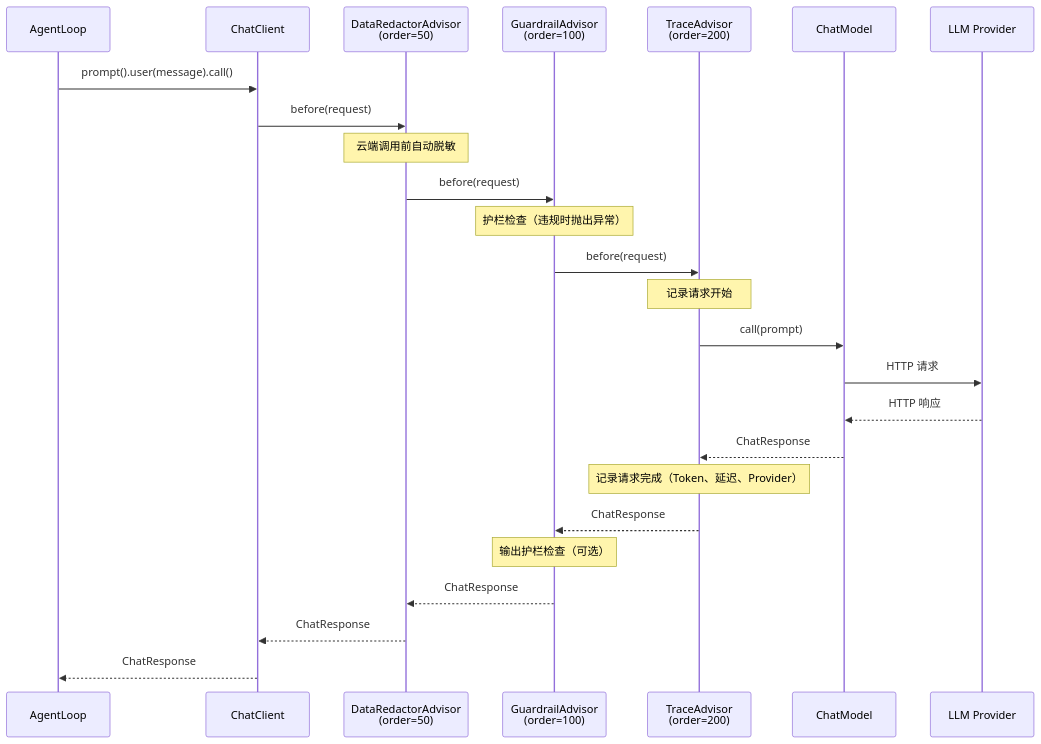
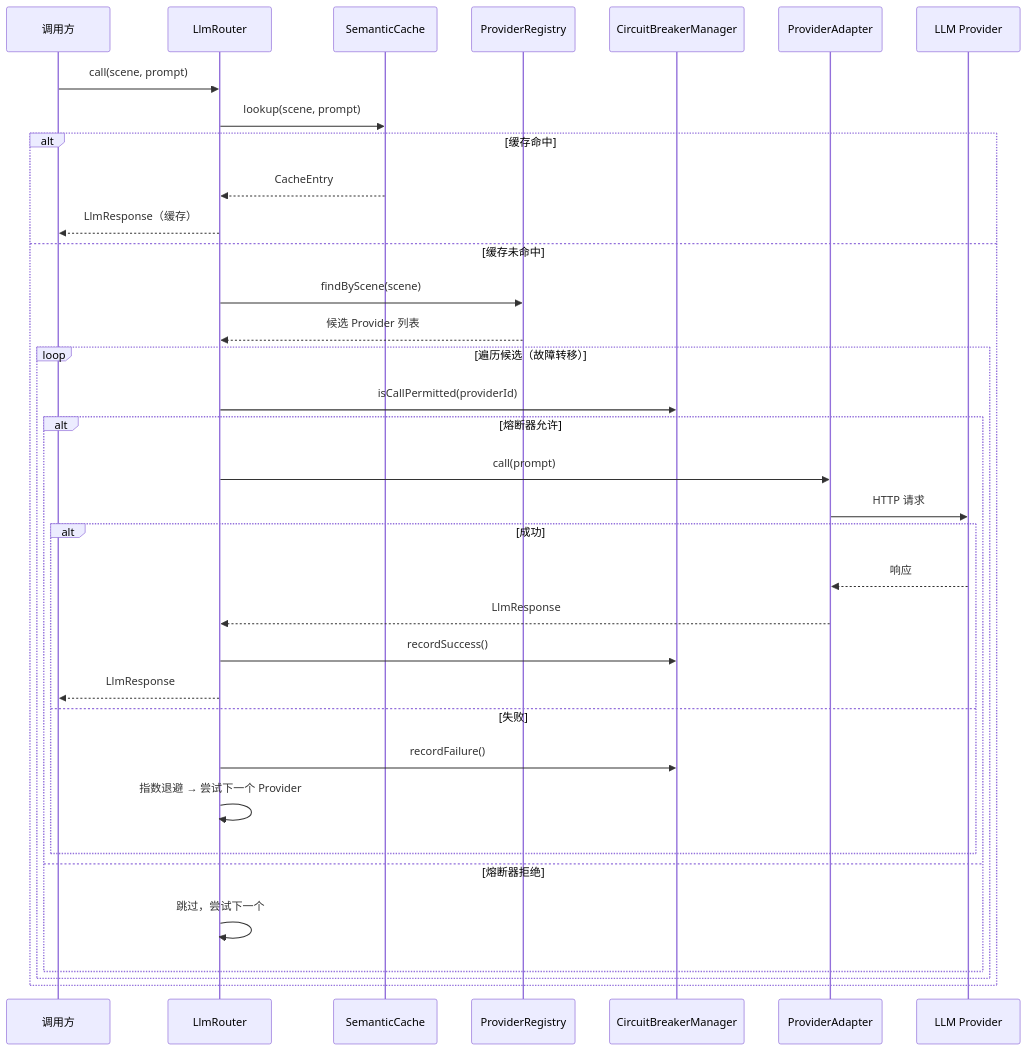
The second of 2 diagrams in docs/architecture/llm-router.md (ntygod/LifePilot), drawn with Mermaid before and after one commit. The commit also changed other lines of this file and 1 other file, not shown here.

Commit message:
docs(llm): 重写 llm-router 架构文档和特性文档

````diff
--- a/docs/architecture/llm-router.md
+++ b/docs/architecture/llm-router.md
@@ -1660,28 +90,38 @@
 ```mermaid
 sequenceDiagram
-    participant AL as AgentLoop
-    participant CC as ChatClient
-    participant DA as DataRedactorAdvisor<br/>(order=50)
-    participant GA as GuardrailAdvisor<br/>(order=100)
-    participant TA as TraceAdvisor<br/>(order=200)
-    participant CM as ChatModel
+    participant C as 调用方
+    participant R as LlmRouter
+    participant SC as SemanticCache
+    participant REG as ProviderRegistry
+    participant CB as CircuitBreakerManager
+    participant A as ProviderAdapter
     participant LLM as LLM Provider
 
-    AL->>CC: prompt().user(message).call()
-    CC->>DA: before(request)
-    Note over DA: 云端调用前自动脱敏
-    DA->>GA: before(request)
-    Note over GA: 护栏检查（违规时抛出异常）
-    GA->>TA: before(request)
-    Note over TA: 记录请求开始
-    TA->>CM: call(prompt)
-    CM->>LLM: HTTP 请求
-    LLM-->>CM: HTTP 响应
-    CM-->>TA: ChatResponse
-    Note over TA: 记录请求完成（Token、延迟、Provider）
-    TA-->>GA: ChatResponse
-    Note over GA: 输出护栏检查（可选）
-    GA-->>DA: ChatResponse
-    DA-->>CC: ChatResponse
-    CC-->>AL: ChatResponse
+    C->>R: call(scene, prompt)
+    R->>SC: lookup(scene, prompt)
+    alt 缓存命中
+        SC-->>R: CacheEntry
+        R-->>C: LlmResponse（缓存）
+    else 缓存未命中
+        R->>REG: findByScene(scene)
+        REG-->>R: 候选 Provider 列表
+        loop 遍历候选（故障转移）
+            R->>CB: isCallPermitted(providerId)
+            alt 熔断器允许
+                R->>A: call(prompt)
+                A->>LLM: HTTP 请求
+                alt 成功
+                    LLM-->>A: 响应
+                    A-->>R: LlmResponse
+                    R->>CB: recordSuccess()
+                    R-->>C: LlmResponse
+                else 失败
+                    R->>CB: recordFailure()
+                    R->>R: 指数退避 → 尝试下一个 Provider
+                end
+            else 熔断器拒绝
+                R->>R: 跳过，尝试下一个
+            end
+        end
+    end
 ```
````
